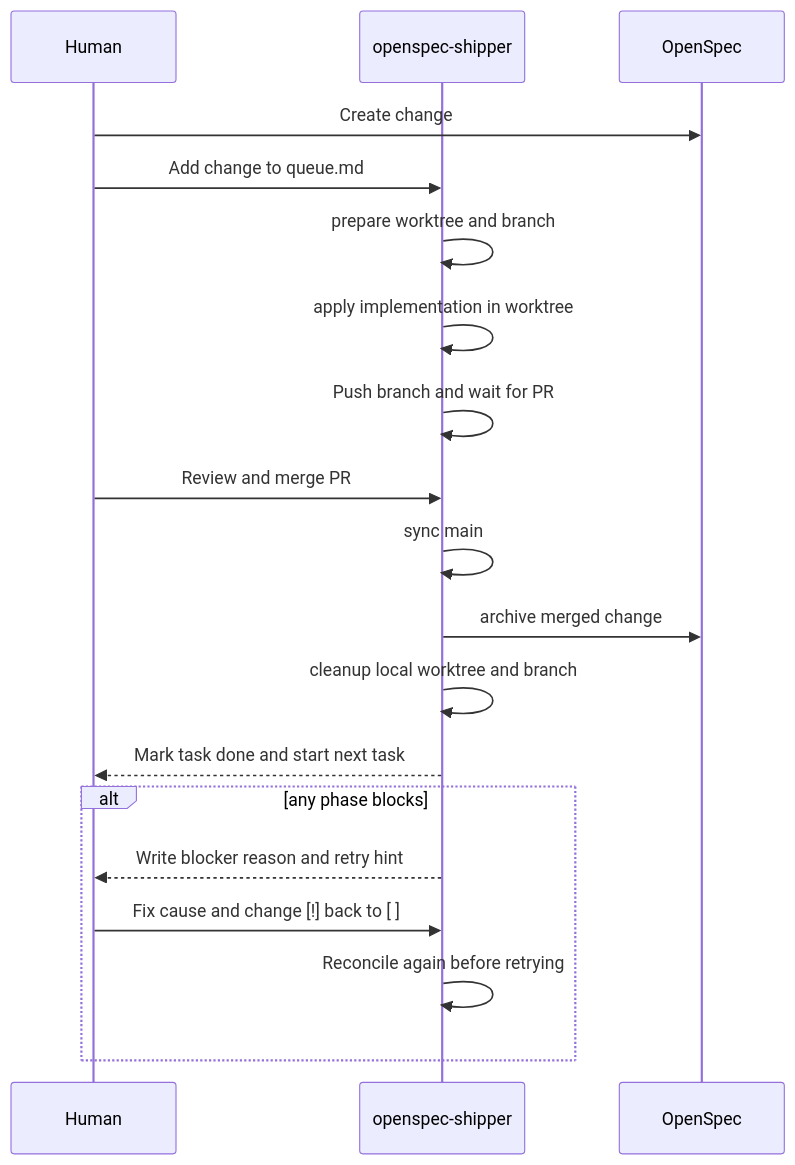
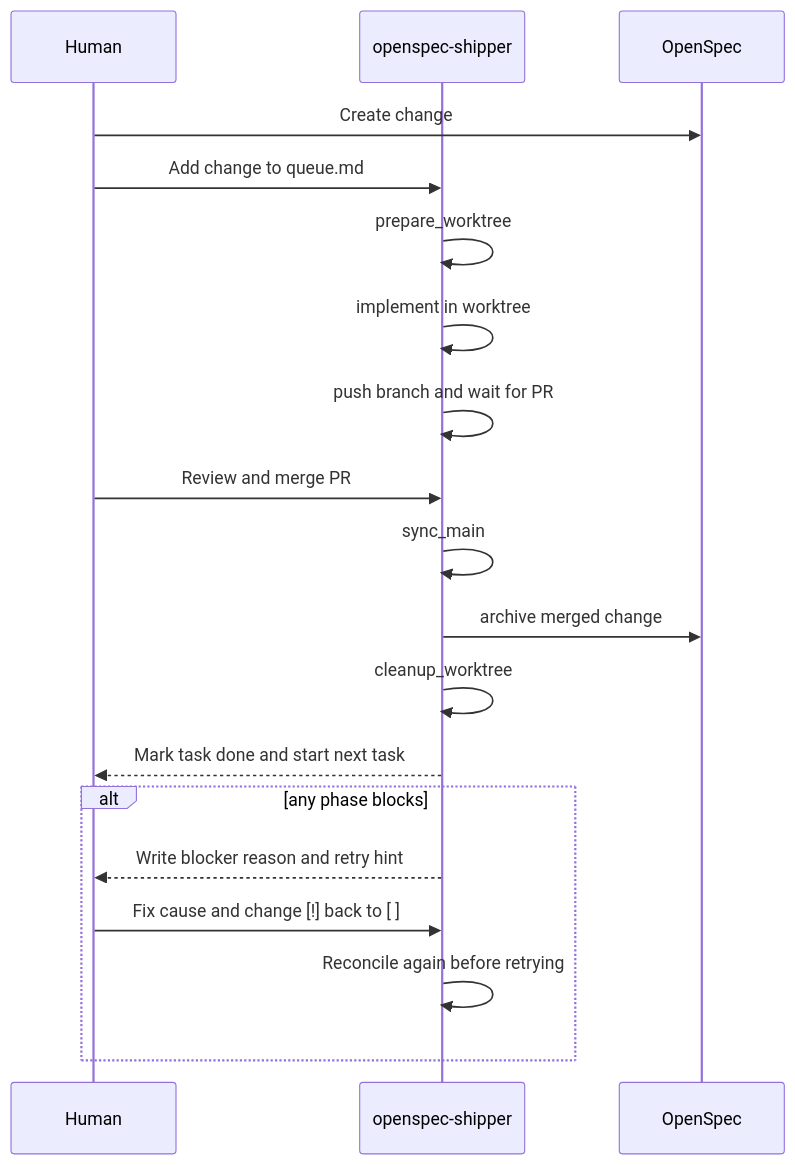
Before and after one commit to javigomez/openspec-shipper: the diagram in README.md, drawn with Mermaid. The commit also changed other lines of this file and 14 other files, not shown here.

````diff
--- a/README.md
+++ b/README.md
@@ -196,23 +196,23 @@
 ```mermaid
 sequenceDiagram
   participant Human
   participant Shipper as openspec-shipper
   participant OpenSpec
 
   Human->>OpenSpec: Create change
   Human->>Shipper: Add change to queue.md
-  Shipper->>Shipper: prepare worktree and branch
-  Shipper->>Shipper: apply implementation in worktree
-  Shipper->>Shipper: Push branch and wait for PR
+  Shipper->>Shipper: prepare_worktree
+  Shipper->>Shipper: implement in worktree
+  Shipper->>Shipper: push branch and wait for PR
   Human->>Shipper: Review and merge PR
-  Shipper->>Shipper: sync main
+  Shipper->>Shipper: sync_main
   Shipper->>OpenSpec: archive merged change
-  Shipper->>Shipper: cleanup local worktree and branch
+  Shipper->>Shipper: cleanup_worktree
   Shipper-->>Human: Mark task done and start next task
 
   alt any phase blocks
     Shipper-->>Human: Write blocker reason and retry hint
     Human->>Shipper: Fix cause and change [!] back to [ ]
     Shipper->>Shipper: Reconcile again before retrying
   end
 ```
````
